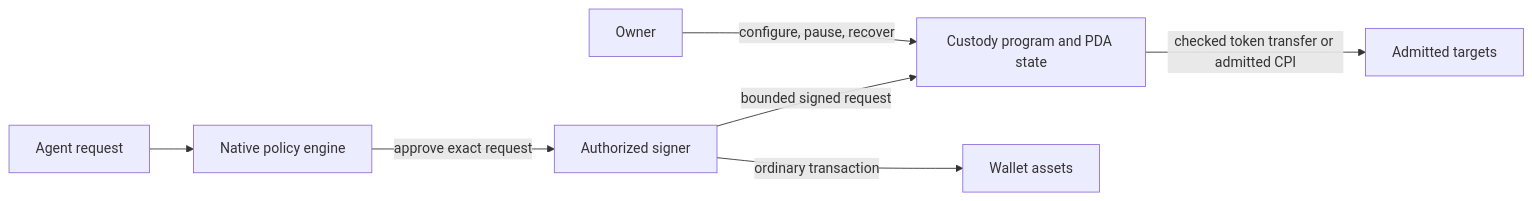
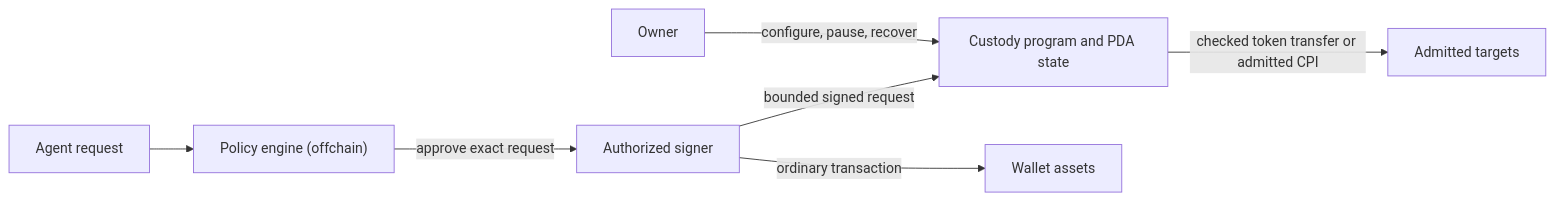
One commit to AllowIt-hq/allowit-contracts-solana changed the diagram in docs/architecture.md. Above: the diagram before and after it, drawn with Mermaid. The commit also changed other lines of this file, not shown here.

Commit message:
Clarify recipient and policy-helper authorization boundaries

````diff
--- a/docs/architecture.md
+++ b/docs/architecture.md
@@ -11,9 +11,9 @@
 ```mermaid
 flowchart LR
     O[Owner] -->|configure, pause, recover| C[Custody program and PDA state]
-    A[Agent request] --> E[Native policy engine]
+    A[Agent request] --> E["Policy engine (offchain)"]
     E -->|approve exact request| S[Authorized signer]
     S -->|ordinary transaction| W[Wallet assets]
     S -->|bounded signed request| C
     C -->|checked token transfer or admitted CPI| T[Admitted targets]
 ```
````
